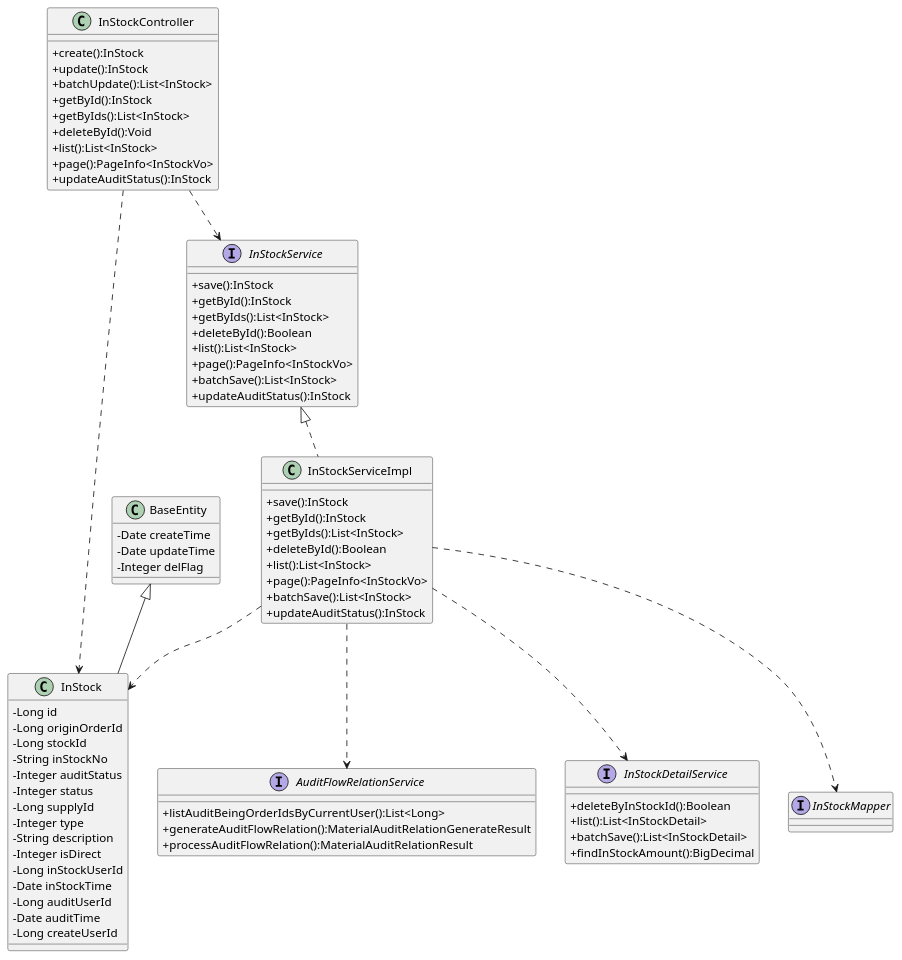
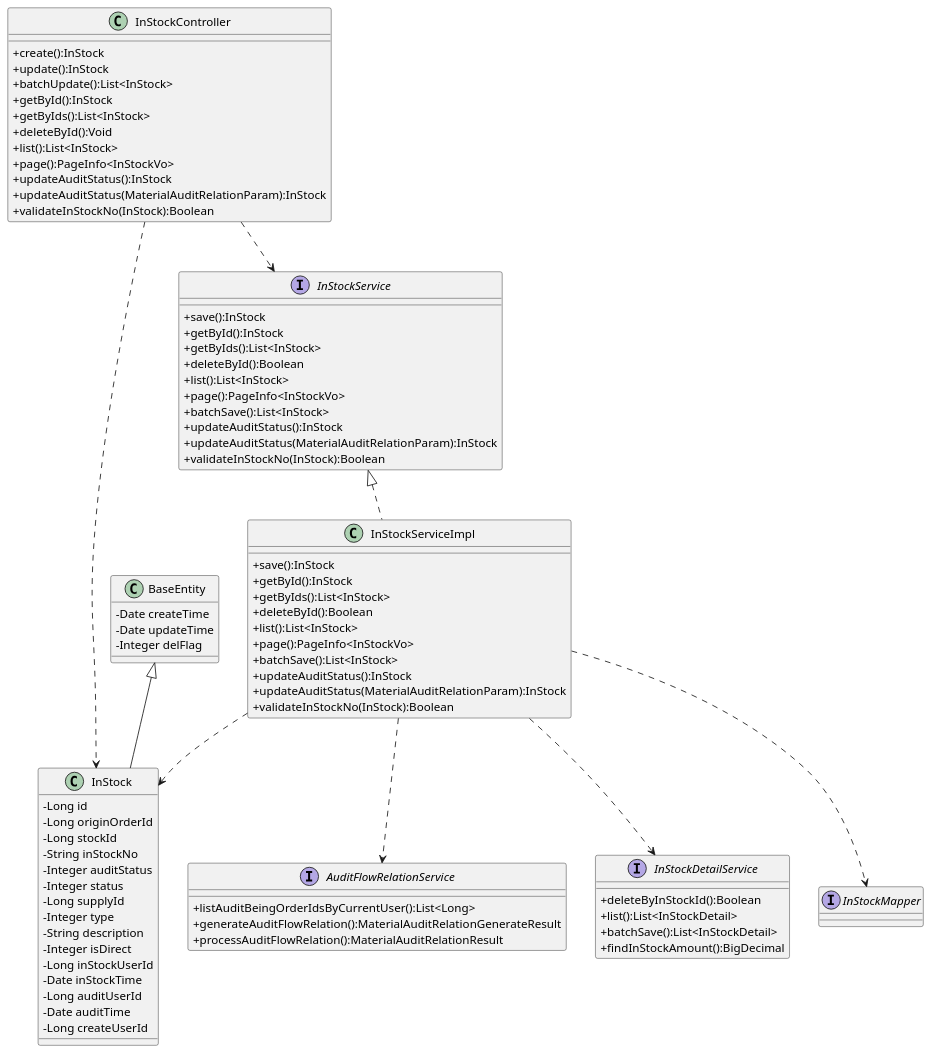
Before and after one commit to sicily621/matlink-server: the diagram in inStock.puml, drawn with PlantUML. The commit also changed 16 other files, not shown here.

```diff
--- a/inStock.puml
+++ b/inStock.puml
@@ -1,89 +1,95 @@
 @startuml
 skinparam classAttributeIconSize 0
 
 class InStockServiceImpl {
 +  save():InStock
 +  getById():InStock
 +  getByIds():List<InStock>
 +  deleteById():Boolean
 +  list():List<InStock>
 +  page():PageInfo<InStockVo>
 +  batchSave():List<InStock>
 +  updateAuditStatus():InStock
++  updateAuditStatus(MaterialAuditRelationParam):InStock
++  validateInStockNo(InStock):Boolean
 }
 
 
 
 class InStock {
 - Long id
 - Long originOrderId
 - Long stockId
 - String inStockNo
 - Integer auditStatus
 - Integer status
 - Long supplyId
 - Integer type
 - String description
 - Integer isDirect
 - Long inStockUserId
 - Date inStockTime
 - Long auditUserId
 - Date auditTime
 - Long createUserId
 }
 
 interface AuditFlowRelationService {
 + listAuditBeingOrderIdsByCurrentUser():List<Long>
 + generateAuditFlowRelation():MaterialAuditRelationGenerateResult
 + processAuditFlowRelation():MaterialAuditRelationResult
 }
 
 class InStockController {
 + create():InStock
 + update():InStock
 + batchUpdate():List<InStock>
 + getById():InStock
 + getByIds():List<InStock>
 + deleteById():Void
 + list():List<InStock>
 + page():PageInfo<InStockVo>
 + updateAuditStatus():InStock
++ updateAuditStatus(MaterialAuditRelationParam):InStock
++ validateInStockNo(InStock):Boolean
 }
 
 interface InStockDetailService {
 + deleteByInStockId():Boolean
 + list():List<InStockDetail>
 + batchSave():List<InStockDetail>
 + findInStockAmount():BigDecimal
 }
 interface InStockService {
 + save():InStock
 + getById():InStock
 + getByIds():List<InStock>
 + deleteById():Boolean
 + list():List<InStock>
 + page():PageInfo<InStockVo>
 + batchSave():List<InStock>
 + updateAuditStatus():InStock
++ updateAuditStatus(MaterialAuditRelationParam):InStock
++ validateInStockNo(InStock):Boolean
 }
 
 class BaseEntity {
 - Date createTime
 - Date updateTime
 - Integer delFlag
 }
 
 interface InStockMapper{}
 
 InStockController ..> InStockService
 InStockController ..> InStock
 InStockService <|.. InStockServiceImpl
 BaseEntity <|-- InStock
 InStockServiceImpl ..> InStockDetailService
 InStockServiceImpl ..> InStock
 InStockServiceImpl ..> InStockMapper
 InStockServiceImpl ..> AuditFlowRelationService
 
 
 
 @enduml
```
